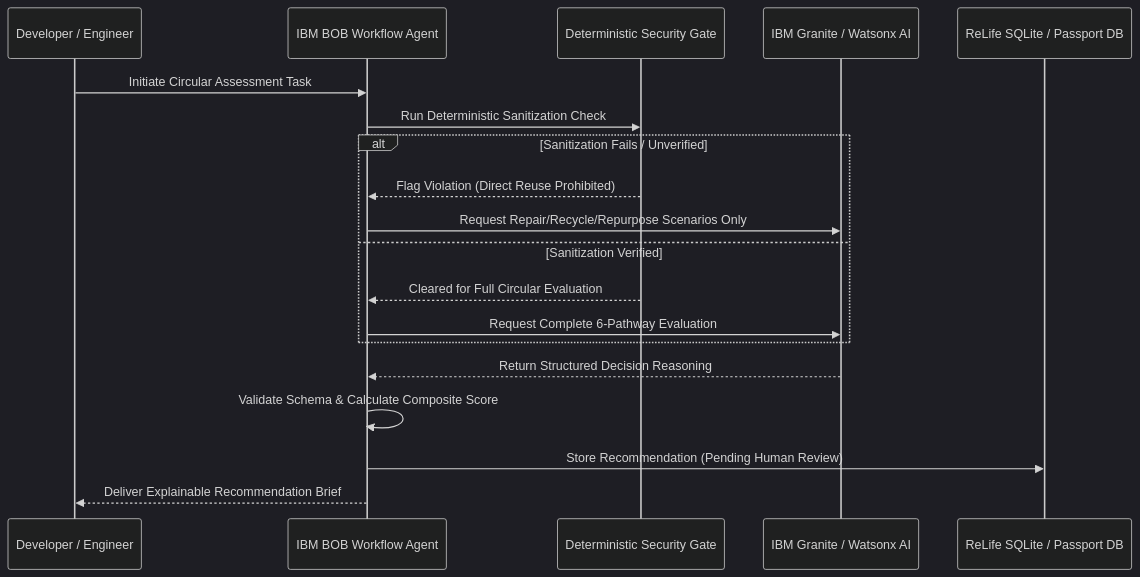
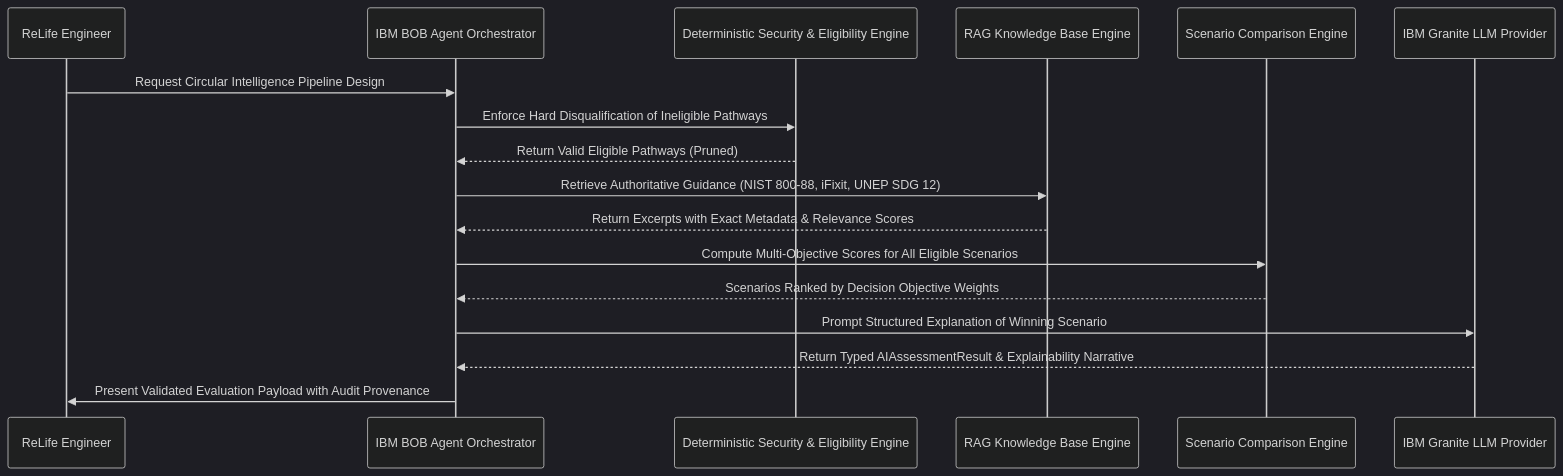
One commit to Ameersuhail799/RELIFE changed the diagram in docs/ibm_bob_workflow.md. Above: the diagram before and after it, drawn with Mermaid (dark theme). The commit also changed other lines of this file and 13 other files, not shown here.

Commit message:
feat: implement ReLife AI and RAG scenario intelligence

````diff
--- a/docs/ibm_bob_workflow.md
+++ b/docs/ibm_bob_workflow.md
@@ -14,22 +16,20 @@
 ```mermaid
 sequenceDiagram
-    participant Dev as Developer / Engineer
-    participant BOB as IBM BOB Workflow Agent
-    participant SecGate as Deterministic Security Gate
-    participant LLM as IBM Granite / Watsonx AI
-    participant DB as ReLife SQLite / Passport DB
+    participant Eng as ReLife Engineer
+    participant BOB as IBM BOB Agent Orchestrator
+    participant Gate as Deterministic Security & Eligibility Engine
+    participant RAG as RAG Knowledge Base Engine
+    participant Scen as Scenario Comparison Engine
+    participant Granite as IBM Granite LLM Provider
 
-    Dev->>BOB: Initiate Circular Assessment Task
-    BOB->>SecGate: Run Deterministic Sanitization Check
-    alt Sanitization Fails / Unverified
-        SecGate-->>BOB: Flag Violation (Direct Reuse Prohibited)
-        BOB->>LLM: Request Repair/Recycle/Repurpose Scenarios Only
-    else Sanitization Verified
-        SecGate-->>BOB: Cleared for Full Circular Evaluation
-        BOB->>LLM: Request Complete 6-Pathway Evaluation
-    end
-    LLM-->>BOB: Return Structured Decision Reasoning
-    BOB->>BOB: Validate Schema & Calculate Composite Score
-    BOB->>DB: Store Recommendation (Pending Human Review)
-    BOB-->>Dev: Deliver Explainable Recommendation Brief
+    Eng->>BOB: Request Circular Intelligence Pipeline Design
+    BOB->>Gate: Enforce Hard Disqualification of Ineligible Pathways
+    Gate-->>BOB: Return Valid Eligible Pathways (Pruned)
+    BOB->>RAG: Retrieve Authoritative Guidance (NIST 800-88, iFixit, UNEP SDG 12)
+    RAG-->>BOB: Return Excerpts with Exact Metadata & Relevance Scores
+    BOB->>Scen: Compute Multi-Objective Scores for All Eligible Scenarios
+    Scen-->>BOB: Scenarios Ranked by Decision Objective Weights
+    BOB->>Granite: Prompt Structured Explanation of Winning Scenario
+    Granite-->>BOB: Return Typed AIAssessmentResult & Explainability Narrative
+    BOB->>Eng: Present Validated Evaluation Payload with Audit Provenance
 ```
````
